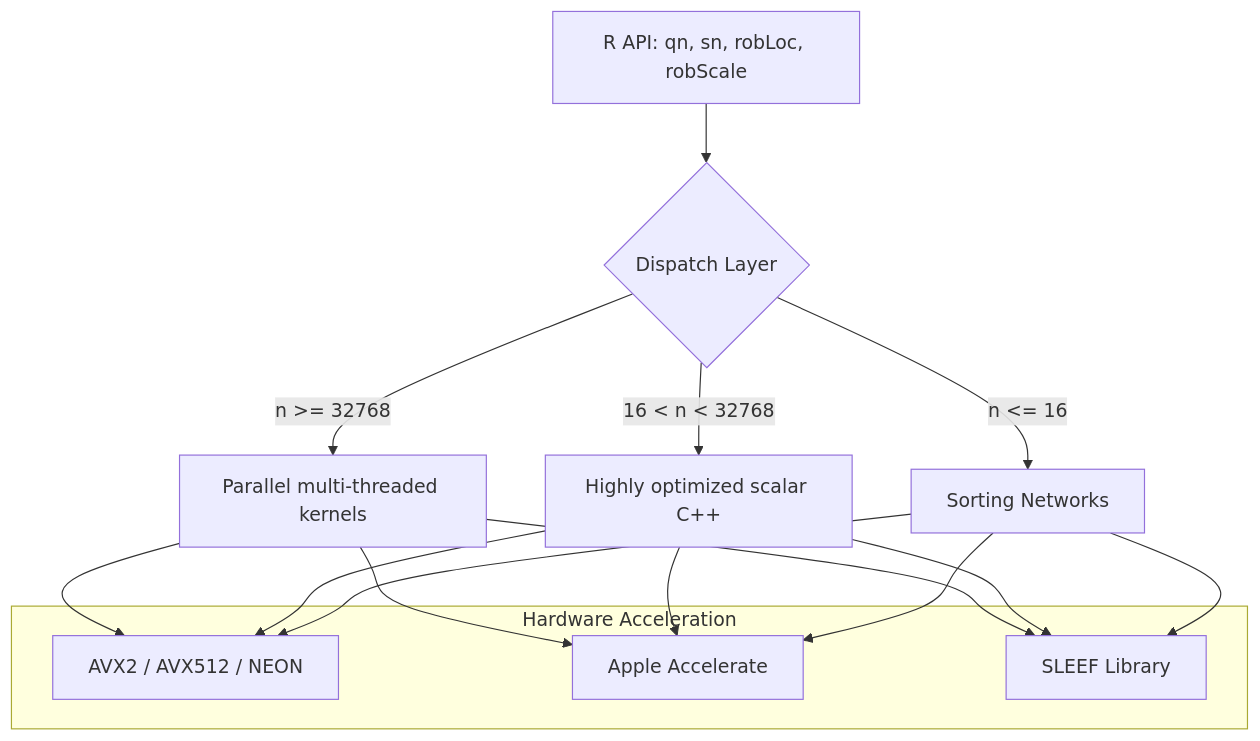
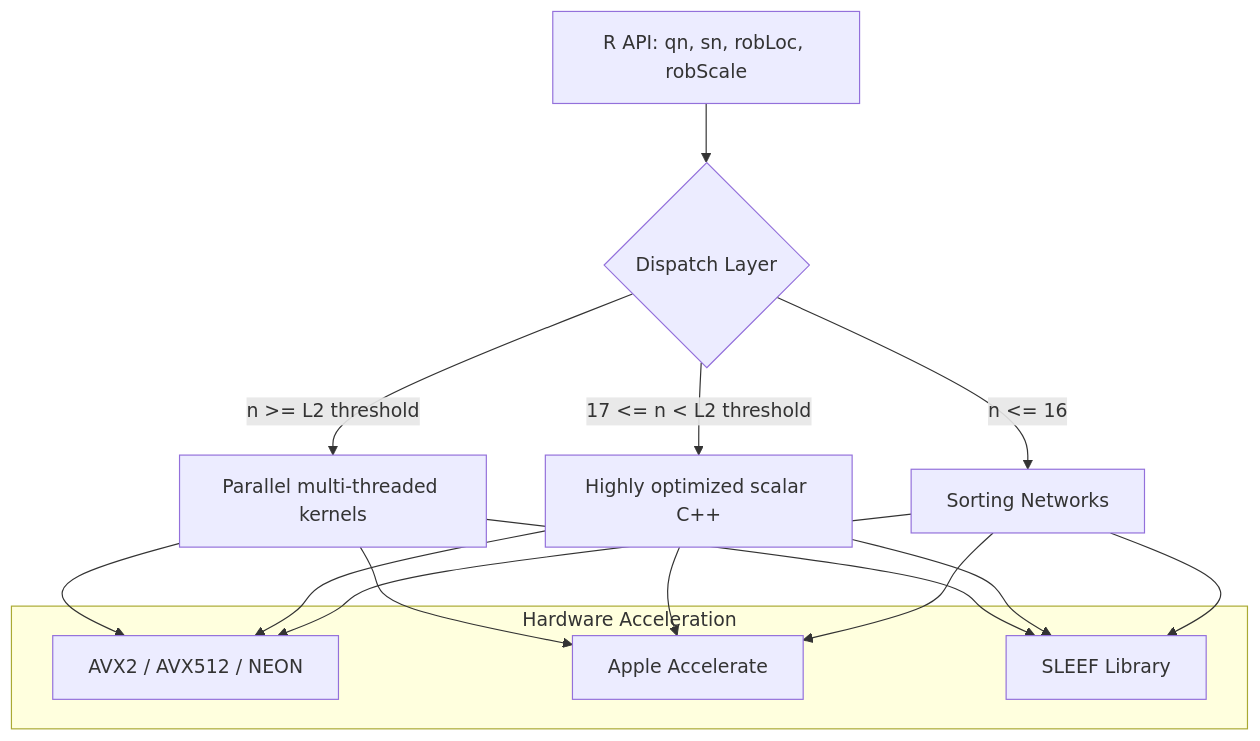
Before and after one commit to davdittrich/robscale: the third of 3 diagrams in README.qmd, drawn with Mermaid. The commit also changed other lines of this file, not shown here.

````diff
--- a/README.qmd
+++ b/README.qmd
@@ -617,13 +621,13 @@
 ```mermaid
 graph TD
     A[R API: qn, sn, robLoc, robScale] --> B{Dispatch Layer}
     B -- "n <= 16" --> C[Sorting Networks]
-    B -- "16 < n < 32768" --> D[Highly optimized scalar C++]
-    B -- "n >= 32768" --> E[Parallel multi-threaded kernels]
+    B -- "17 <= n < L2 threshold" --> D[Highly optimized scalar C++]
+    B -- "n >= L2 threshold" --> E[Parallel multi-threaded kernels]
     subgraph "Hardware Acceleration"
         G[AVX2 / AVX512 / NEON]
         H[Apple Accelerate]
         I[SLEEF Library]
     end
     E & D & C --> G & H & I
 ```
````
